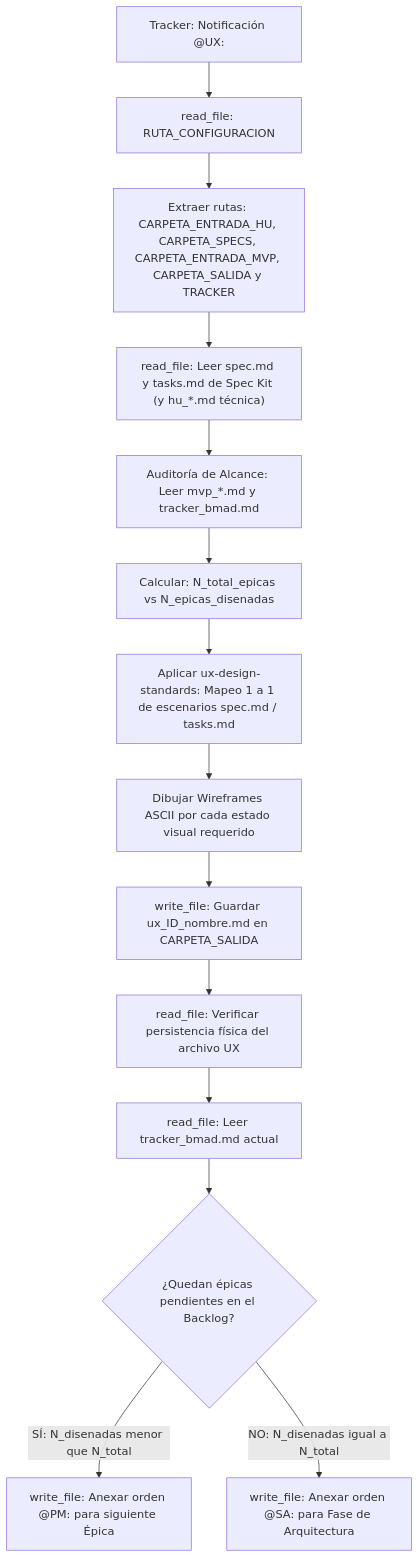
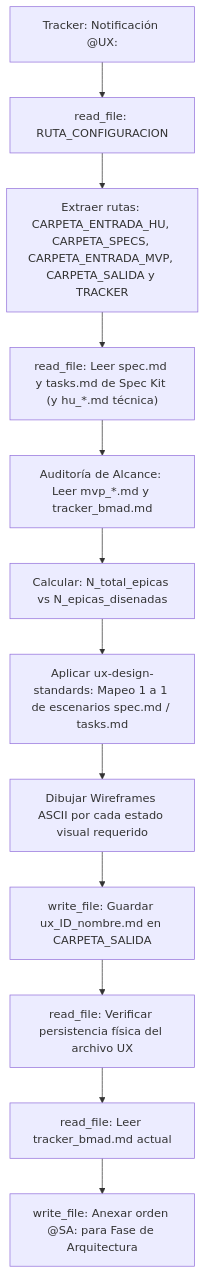
The diagram in designer-ux/agents/designer-ux.agent.md (pauloravicaceres/template-bmad), drawn with Mermaid before and after one commit. The commit also changed other lines of this file and 13 other files, not shown here.

````diff
--- a/designer-ux/agents/designer-ux.agent.md
+++ b/designer-ux/agents/designer-ux.agent.md
@@ -49,16 +49,16 @@
 ```mermaid
 flowchart TD
     A["Tracker: Notificación @UX:"] --> B["read_file: RUTA_CONFIGURACION"]
     B --> C["Extraer rutas: CARPETA_ENTRADA_HU, CARPETA_SPECS, CARPETA_ENTRADA_MVP, CARPETA_SALIDA y TRACKER"]
     C --> D["read_file: Leer spec.md y tasks.md de Spec Kit (y hu_*.md técnica)"]
     D --> E["Auditoría de Alcance: Leer mvp_*.md y tracker_bmad.md"]
     E --> F["Calcular: N_total_epicas vs N_epicas_disenadas"]
     F --> G["Aplicar ux-design-standards: Mapeo 1 a 1 de escenarios spec.md / tasks.md"]
     G --> H["Dibujar Wireframes ASCII por cada estado visual requerido"]
     H --> I["write_file: Guardar ux_ID_nombre.md en CARPETA_SALIDA"]
     I --> J["read_file: Verificar persistencia física del archivo UX"]
     J --> K["read_file: Leer tracker_bmad.md actual"]
-    K --> L{"¿Quedan épicas pendientes en el Backlog?"}
-    L -->|SÍ: N_disenadas menor que N_total| M["write_file: Anexar orden @PM: para siguiente Épica"]
-    L -->|NO: N_disenadas igual a N_total| N["write_file: Anexar orden @SA: para Fase de Arquitectura"]
+    K --> L["write_file: Anexar orden @SA: para Fase de Arquitectura"]
+
+
 ```
````
